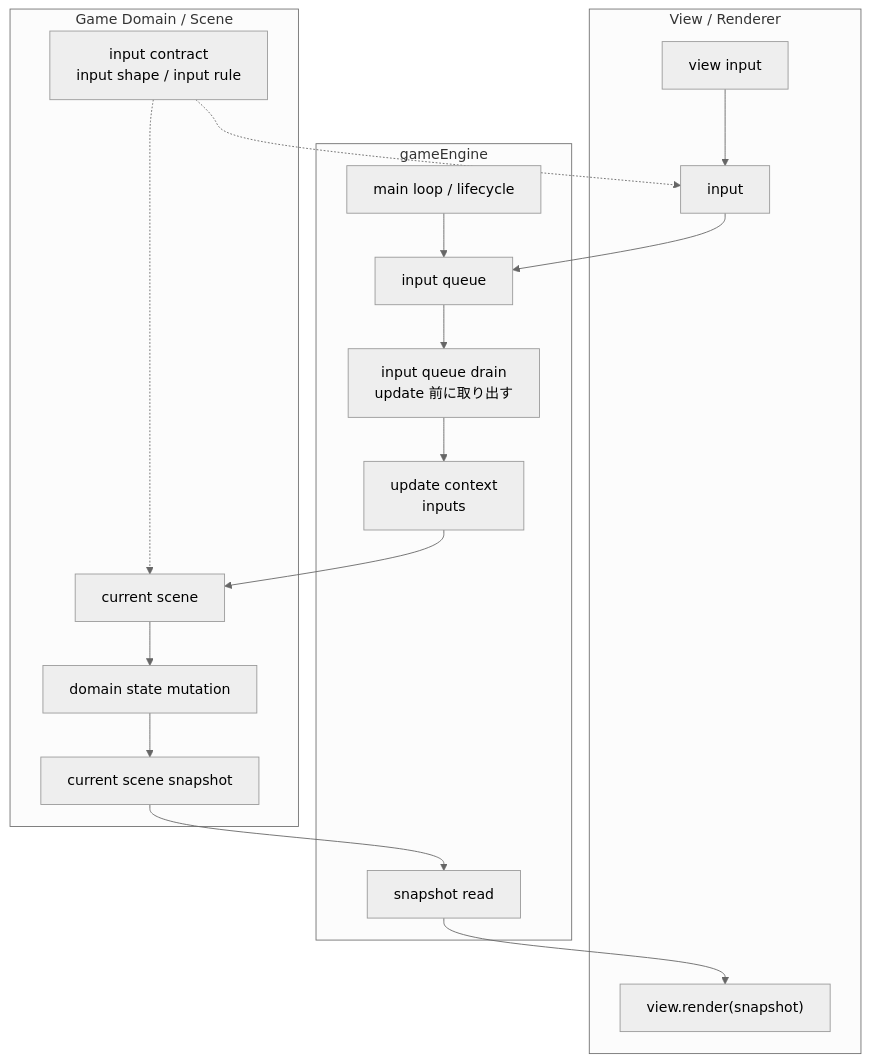
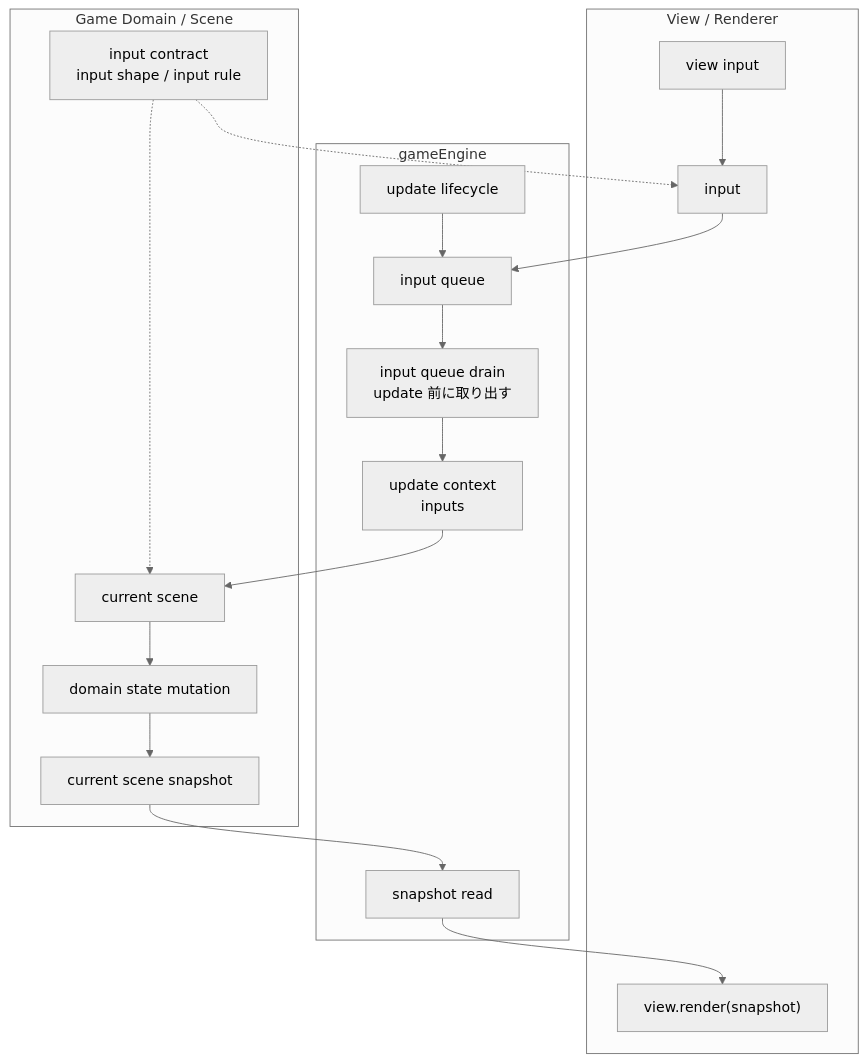
Before and after one commit to hachimitu22/negima-festival: the second of 2 diagrams in docs/エンジン.md, drawn with Mermaid (neutral theme). The commit also changed other lines of this file and 2 other files, not shown here.

````diff
--- a/docs/エンジン.md
+++ b/docs/エンジン.md
@@ -119,38 +127,38 @@
 ```mermaid
 flowchart TD
   subgraph ViewLayer["View / Renderer"]
     View["view.render(snapshot)"]
     ViewInput["view input"]
     Input["input"]
   end
 
   subgraph EngineLayer["gameEngine"]
-    Loop["main loop / lifecycle"]
+    Loop["update lifecycle"]
     InputQueue["input queue"]
     InputDrain["input queue drain<br/>update 前に取り出す"]
     Context["update context<br/>inputs"]
     SnapshotRead["snapshot read"]
   end
 
   subgraph DomainLayer["Game Domain / Scene"]
     InputContract["input contract<br/>input shape / input rule"]
     CurrentScene["current scene"]
     State["domain state mutation"]
     Snapshot["current scene snapshot"]
   end
 
   InputContract -.-> Input
   InputContract -.-> CurrentScene
   ViewInput --> Input
   Input --> InputQueue
 
   Loop --> InputQueue
   InputQueue --> InputDrain
   InputDrain --> Context
   Context --> CurrentScene
 
   CurrentScene --> State
   State --> Snapshot
   Snapshot --> SnapshotRead
   SnapshotRead --> View
 ```
````
